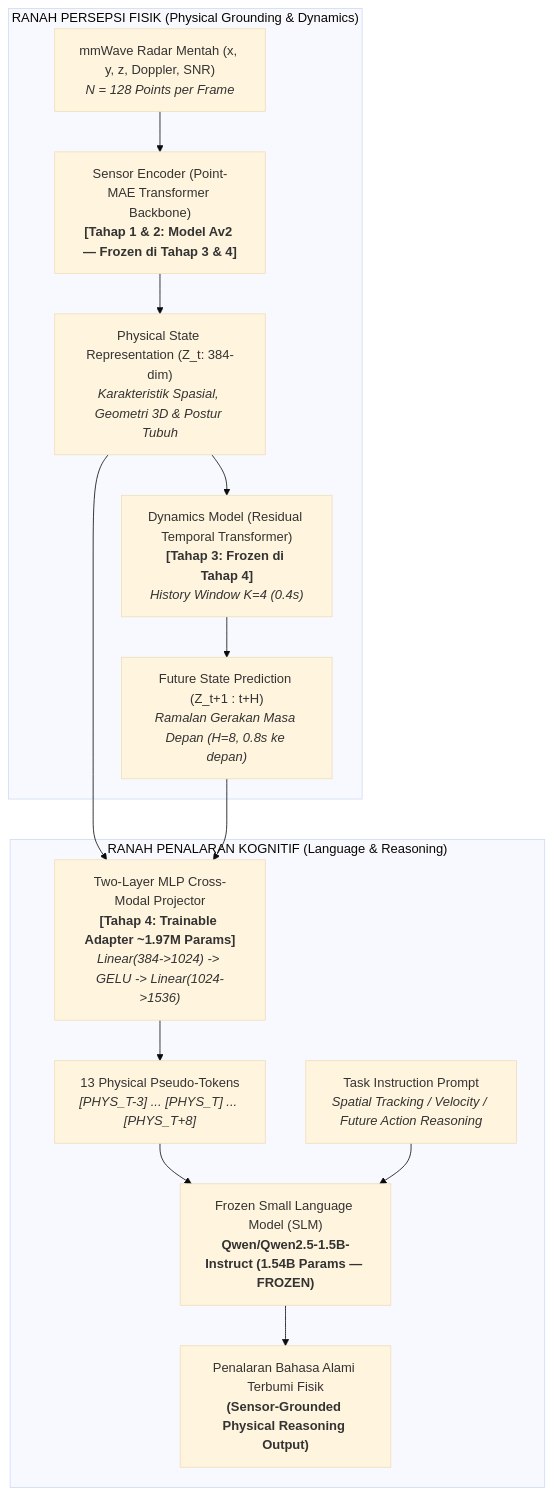
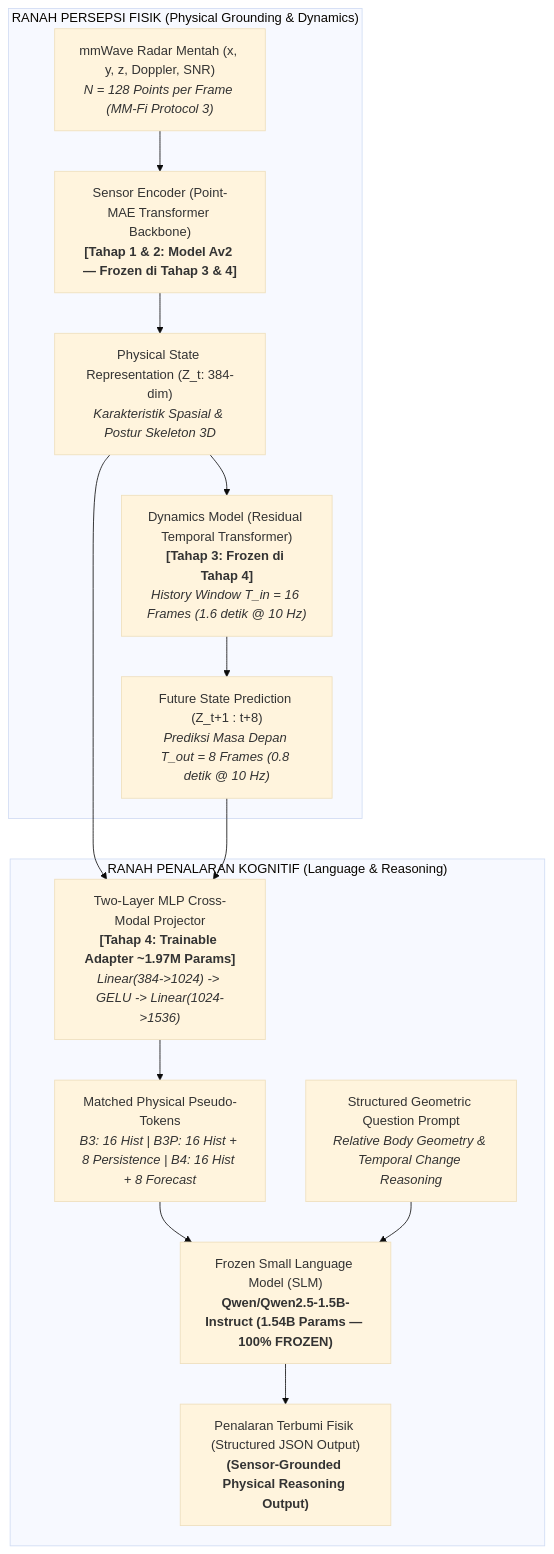
Before and after one commit to rfirmn/Learning-Physical-State-Representations-for-Sensor-Grounded-Reasoning-and-Future-State-Prediction: the diagram in README.md, drawn with Mermaid (base theme). The commit also changed other lines of this file and 22 other files, not shown here.

````diff
--- a/README.md
+++ b/README.md
@@ -18,27 +18,27 @@
 ```mermaid
 flowchart TD
     subgraph RF["RANAH PERSEPSI FISIK (Physical Grounding & Dynamics)"]
-        Raw["mmWave Radar Mentah (x, y, z, Doppler, SNR)<br/><i>N = 128 Points per Frame</i>"]
+        Raw["mmWave Radar Mentah (x, y, z, Doppler, SNR)<br/><i>N = 128 Points per Frame (MM-Fi Protocol 3)</i>"]
         Enc["Sensor Encoder (Point-MAE Transformer Backbone)<br/><b>[Tahap 1 & 2: Model Av2 — Frozen di Tahap 3 & 4]</b>"]
-        Zt["Physical State Representation (Z_t: 384-dim)<br/><i>Karakteristik Spasial, Geometri 3D & Postur Tubuh</i>"]
-        Dyn["Dynamics Model (Residual Temporal Transformer)<br/><b>[Tahap 3: Frozen di Tahap 4]</b><br/><i>History Window K=4 (0.4s)</i>"]
-        Future["Future State Prediction (Z_t+1 : t+H)<br/><i>Ramalan Gerakan Masa Depan (H=8, 0.8s ke depan)</i>"]
+        Zt["Physical State Representation (Z_t: 384-dim)<br/><i>Karakteristik Spasial & Postur Skeleton 3D</i>"]
+        Dyn["Dynamics Model (Residual Temporal Transformer)<br/><b>[Tahap 3: Frozen di Tahap 4]</b><br/><i>History Window T_in = 16 Frames (1.6 detik @ 10 Hz)</i>"]
+        Future["Future State Prediction (Z_t+1 : t+8)<br/><i>Prediksi Masa Depan T_out = 8 Frames (0.8 detik @ 10 Hz)</i>"]
     end
 
     subgraph RK["RANAH PENALARAN KOGNITIF (Language & Reasoning)"]
         MLP["Two-Layer MLP Cross-Modal Projector<br/><b>[Tahap 4: Trainable Adapter ~1.97M Params]</b><br/><i>Linear(384->1024) -> GELU -> Linear(1024->1536)</i>"]
-        Tokens["13 Physical Pseudo-Tokens<br/><i>[PHYS_T-3] ... [PHYS_T] ... [PHYS_T+8]</i>"]
-        LLM["Frozen Small Language Model (SLM)<br/><b>Qwen/Qwen2.5-1.5B-Instruct (1.54B Params — FROZEN)</b>"]
-        Prompt["Task Instruction Prompt<br/><i>Spatial Tracking / Velocity / Future Action Reasoning</i>"]
-        Output["Penalaran Bahasa Alami Terbumi Fisik<br/><b>(Sensor-Grounded Physical Reasoning Output)</b>"]
+        Tokens["Matched Physical Pseudo-Tokens<br/><i>B3: 16 Hist | B3P: 16 Hist + 8 Persistence | B4: 16 Hist + 8 Forecast</i>"]
+        LLM["Frozen Small Language Model (SLM)<br/><b>Qwen/Qwen2.5-1.5B-Instruct (1.54B Params — 100% FROZEN)</b>"]
+        Prompt["Structured Geometric Question Prompt<br/><i>Relative Body Geometry & Temporal Change Reasoning</i>"]
+        Output["Penalaran Terbumi Fisik (Structured JSON Output)<br/><b>(Sensor-Grounded Physical Reasoning Output)</b>"]
     end
 
     Raw --> Enc --> Zt
     Zt --> Dyn --> Future
     Zt --> MLP
     Future --> MLP
     MLP --> Tokens
     Tokens --> LLM
     Prompt --> LLM
     LLM --> Output
 ```
````
